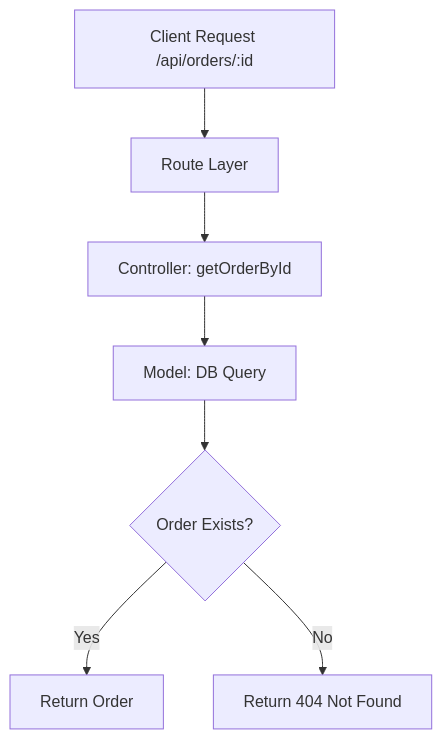
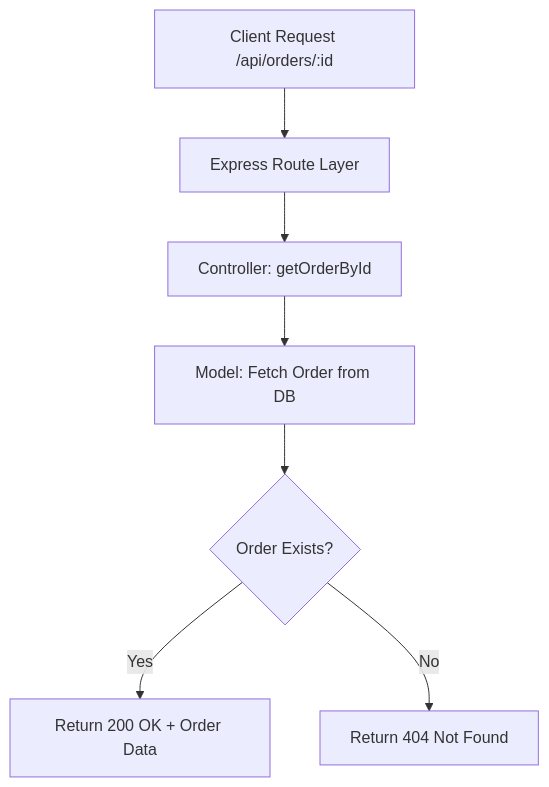
One commit to abhis-10/Event-Driven-Order-Processing-System changed the second of 4 diagrams in README.md. Above: the diagram before and after it, drawn with Mermaid. The commit also changed other lines of this file, not shown here.

````diff
--- a/README.md
+++ b/README.md
@@ -74,9 +83,14 @@
 ```mermaid
 flowchart TD
-    A[Client Request /api/orders/:id] --> B[Route Layer]
+    A[Client Request /api/orders/:id]
+    --> B[Express Route Layer]
+
     B --> C[Controller: getOrderById]
-    C --> D[Model: DB Query]
+
+    C --> D[Model: Fetch Order from DB]
+
     D --> E{Order Exists?}
-    E -- Yes --> F[Return Order]
+
+    E -- Yes --> F[Return 200 OK + Order Data]
     E -- No --> G[Return 404 Not Found]
 ```
````
